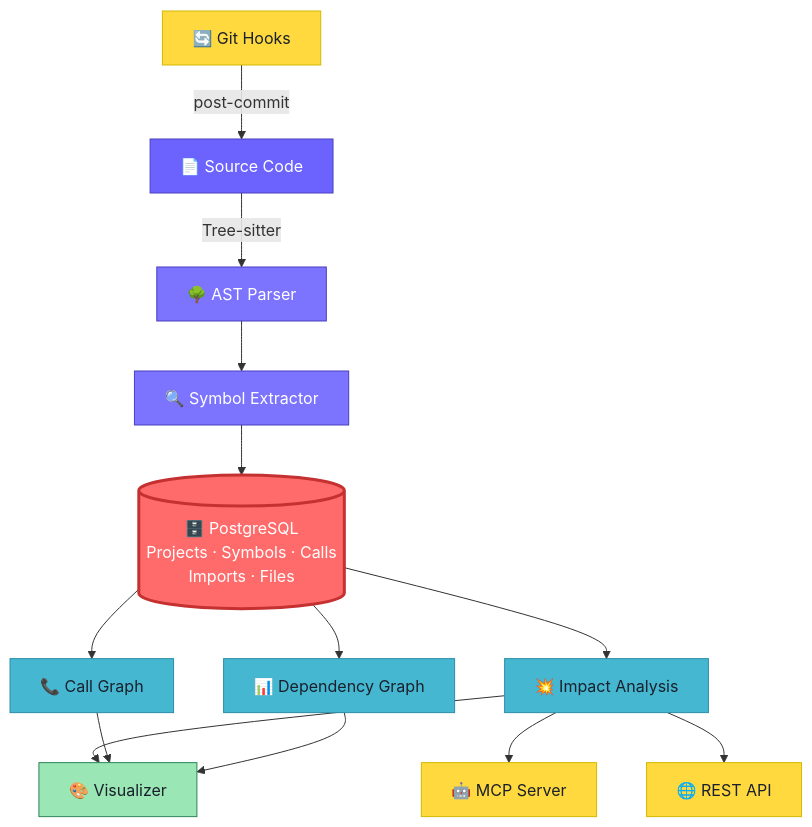
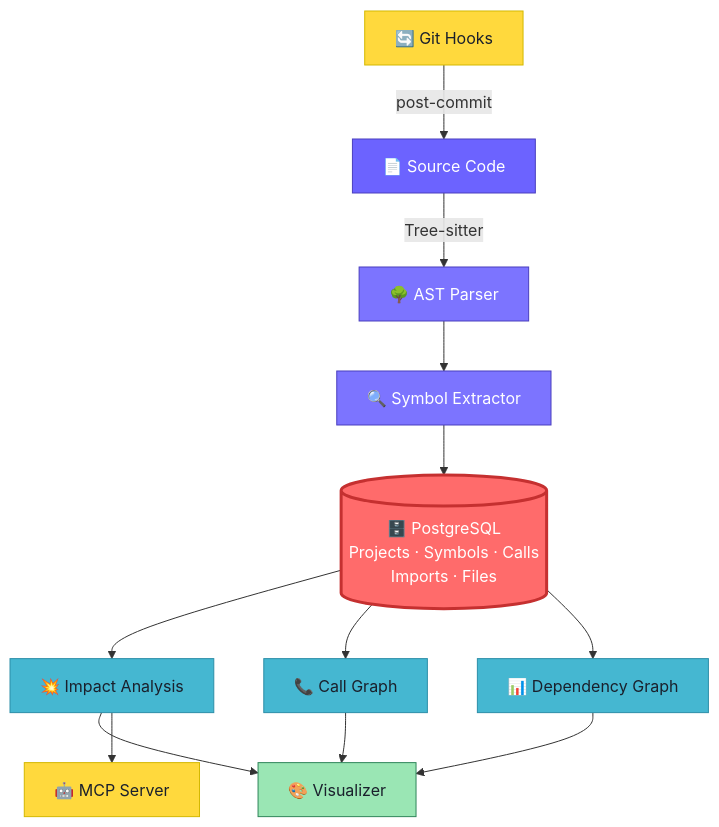
Before and after one commit to RajX-dev/CODESEER-MAIN: the first of 4 diagrams in README.md, drawn with Mermaid. The commit also changed other lines of this file and 52 other files, not shown here.

````diff
--- a/README.md
+++ b/README.md
@@ -102,31 +102,29 @@
 ```mermaid
 graph TD
     A["📄 Source Code"] -->|Tree-sitter| B["🌳 AST Parser"]
     B --> C["🔍 Symbol Extractor"]
     D["🔄 Git Hooks"] -->|post-commit| A
 
     C --> E[("🗄️ PostgreSQL<br/>Projects · Symbols · Calls<br/>Imports · Files")]
 
     E --> F["💥 Impact Analysis"]
     E --> G["📞 Call Graph"]
     E --> H["📊 Dependency Graph"]
 
     F --> I["🎨 Visualizer"]
     G --> I
     H --> I
 
     F --> J["🤖 MCP Server"]
-    F --> K["🌐 REST API"]
 
     style A fill:#6c63ff,stroke:#4a3fbf,color:#fff
     style B fill:#7c74ff,stroke:#4a3fbf,color:#fff
     style C fill:#7c74ff,stroke:#4a3fbf,color:#fff
     style D fill:#ffd93d,stroke:#d4b800,color:#1a202c
     style E fill:#ff6b6b,stroke:#c53030,color:#fff,stroke-width:3px
     style F fill:#45b7d1,stroke:#2c8ea8,color:#1a202c
     style G fill:#45b7d1,stroke:#2c8ea8,color:#1a202c
     style H fill:#45b7d1,stroke:#2c8ea8,color:#1a202c
     style I fill:#9ae6b4,stroke:#2f855a,color:#1a202c
     style J fill:#ffd93d,stroke:#d4b800,color:#1a202c
-    style K fill:#ffd93d,stroke:#d4b800,color:#1a202c
 ```
````
